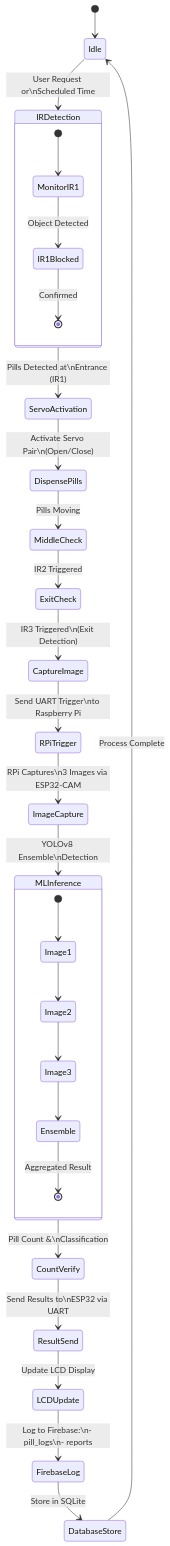
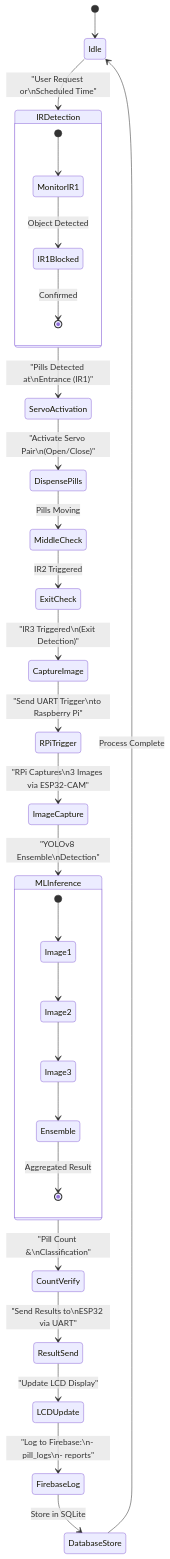
The fourth of 17 diagrams in diagram/MERMAID_DIAGRAMS.md (qppd/Pill-Dispenser-V3), drawn with Mermaid before and after one commit.

Commit message:
Added diagrams

````diff
--- a/diagram/MERMAID_DIAGRAMS.md
+++ b/diagram/MERMAID_DIAGRAMS.md
@@ -204,48 +204,48 @@
 ```mermaid
 stateDiagram-v2
     [*] --> Idle
     
-    Idle --> IRDetection: User Request or\nScheduled Time
+    Idle --> IRDetection: "User Request or\nScheduled Time"
     
-    IRDetection --> ServoActivation: Pills Detected at\nEntrance (IR1)
+    IRDetection --> ServoActivation: "Pills Detected at\nEntrance (IR1)"
     
-    ServoActivation --> DispensePills: Activate Servo Pair\n(Open/Close)
+    ServoActivation --> DispensePills: "Activate Servo Pair\n(Open/Close)"
     
     DispensePills --> MiddleCheck: Pills Moving
     
     MiddleCheck --> ExitCheck: IR2 Triggered
     
-    ExitCheck --> CaptureImage: IR3 Triggered\n(Exit Detection)
+    ExitCheck --> CaptureImage: "IR3 Triggered\n(Exit Detection)"
     
-    CaptureImage --> RPiTrigger: Send UART Trigger\nto Raspberry Pi
+    CaptureImage --> RPiTrigger: "Send UART Trigger\nto Raspberry Pi"
     
-    RPiTrigger --> ImageCapture: RPi Captures\n3 Images via ESP32-CAM
+    RPiTrigger --> ImageCapture: "RPi Captures\n3 Images via ESP32-CAM"
     
-    ImageCapture --> MLInference: YOLOv8 Ensemble\nDetection
+    ImageCapture --> MLInference: "YOLOv8 Ensemble\nDetection"
     
-    MLInference --> CountVerify: Pill Count &\nClassification
+    MLInference --> CountVerify: "Pill Count &\nClassification"
     
-    CountVerify --> ResultSend: Send Results to\nESP32 via UART
+    CountVerify --> ResultSend: "Send Results to\nESP32 via UART"
     
-    ResultSend --> LCDUpdate: Update LCD Display
+    ResultSend --> LCDUpdate: "Update LCD Display"
     
-    LCDUpdate --> FirebaseLog: Log to Firebase:\n- pill_logs\n- reports
+    LCDUpdate --> FirebaseLog: "Log to Firebase:\n- pill_logs\n- reports"
     
     FirebaseLog --> DatabaseStore: Store in SQLite
     
     DatabaseStore --> Idle: Process Complete
     
     state IRDetection {
         [*] --> MonitorIR1
         MonitorIR1 --> IR1Blocked: Object Detected
         IR1Blocked --> [*]: Confirmed
     }
     
     state MLInference {
         [*] --> Image1
         Image1 --> Image2
         Image2 --> Image3
         Image3 --> Ensemble
         Ensemble --> [*]: Aggregated Result
     }
 ```
````
